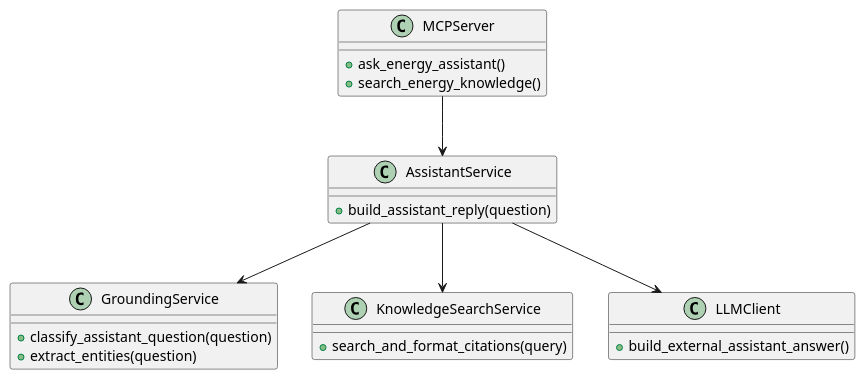
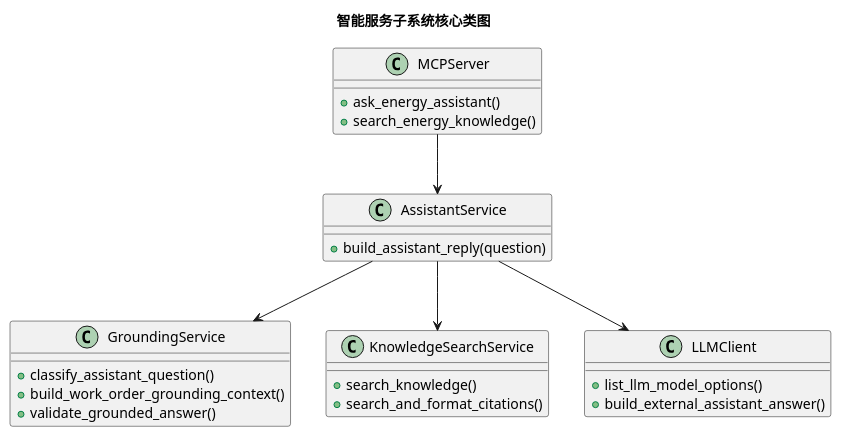
The diagram in final_docs/图象重绘/源代码/SDD-5.5.2-核心服务子系统类图.md (ScottBlizzard/building-energy-intelligence-platform), drawn with PlantUML before and after one commit. The commit also changed 105 other files, not shown here.

Commit message:
docs: update final reports and diagrams

```diff
--- a/final_docs/图象重绘/源代码/SDD-5.5.2-核心服务子系统类图.md
+++ b/final_docs/图象重绘/源代码/SDD-5.5.2-核心服务子系统类图.md
@@ -1,29 +1,33 @@
 @startuml
-class AssistantService {
-  + build_assistant_reply(question)
-}
-
-class GroundingService {
-  + classify_assistant_question(question)
-  + extract_entities(question)
-}
-
-class KnowledgeSearchService {
-  + search_and_format_citations(query)
-}
-
-class LLMClient {
-  + build_external_assistant_answer()
-}
+title 智能服务子系统核心类图
 
 class MCPServer {
   + ask_energy_assistant()
   + search_energy_knowledge()
 }
 
+class AssistantService {
+  + build_assistant_reply(question)
+}
+
+class GroundingService {
+  + classify_assistant_question()
+  + build_work_order_grounding_context()
+  + validate_grounded_answer()
+}
+
+class KnowledgeSearchService {
+  + search_knowledge()
+  + search_and_format_citations()
+}
+
+class LLMClient {
+  + list_llm_model_options()
+  + build_external_assistant_answer()
+}
+
+MCPServer --> AssistantService
 AssistantService --> GroundingService
 AssistantService --> KnowledgeSearchService
 AssistantService --> LLMClient
-MCPServer --> AssistantService
-
 @enduml
```
